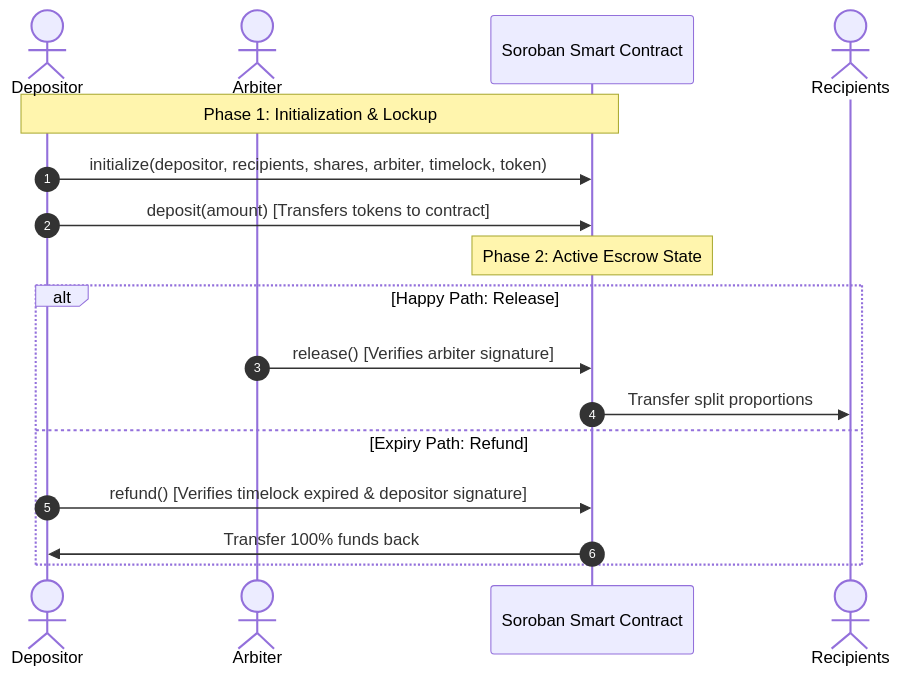
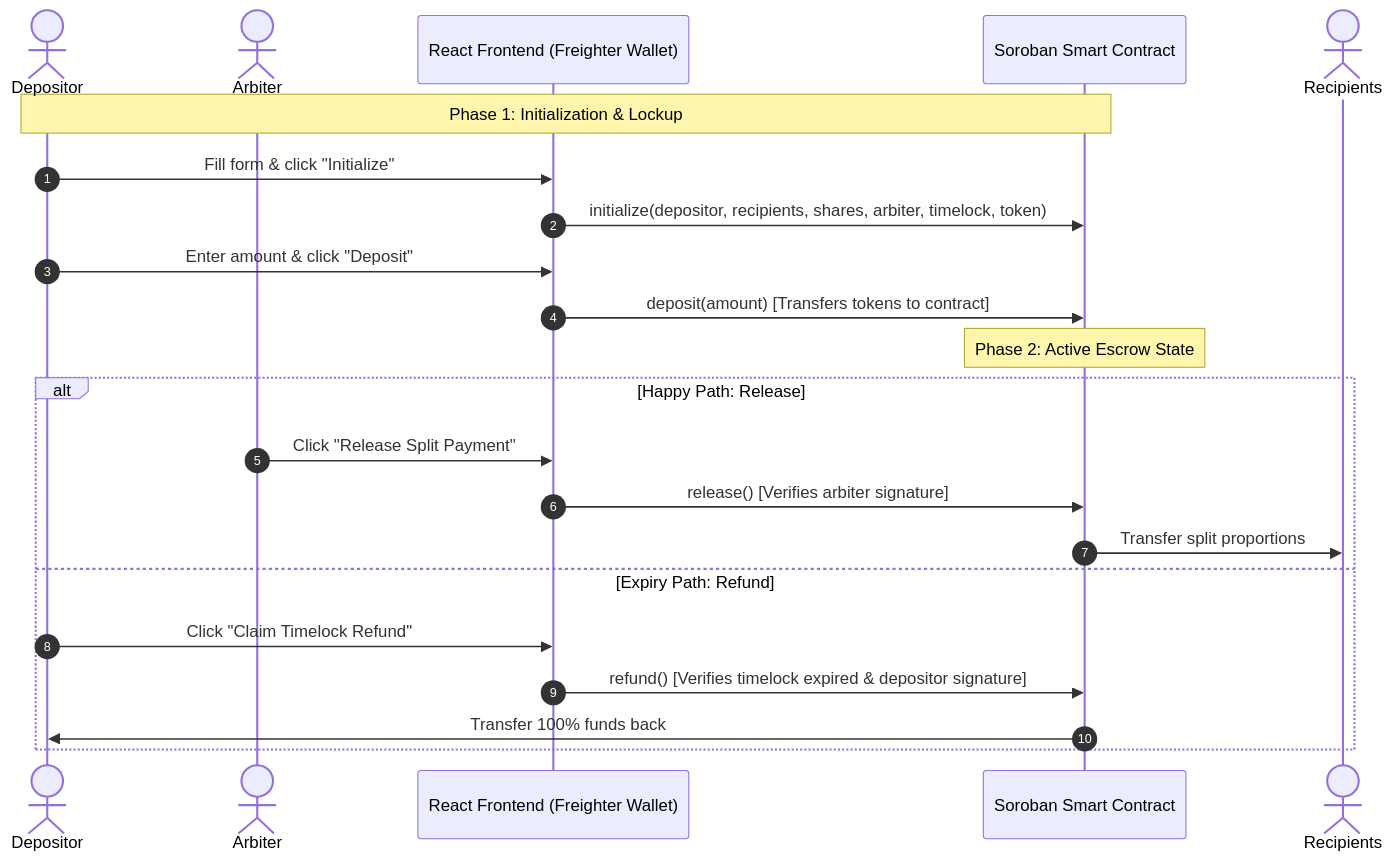
The diagram in README.md (Anchaldubey17/Anchorpay), drawn with Mermaid before and after one commit. The commit also changed other lines of this file and 5 other files, not shown here.

````diff
--- a/README.md
+++ b/README.md
@@ -31,22 +58,27 @@
 ```mermaid
 sequenceDiagram
     autonumber
     actor Depositor
     actor Arbiter
+    participant dApp as React Frontend (Freighter Wallet)
     participant Contract as Soroban Smart Contract
     actor Recipient as Recipients
     
     Note over Depositor,Contract: Phase 1: Initialization & Lockup
-    Depositor->>Contract: initialize(depositor, recipients, shares, arbiter, timelock, token)
-    Depositor->>Contract: deposit(amount) [Transfers tokens to contract]
+    Depositor->>dApp: Fill form & click "Initialize"
+    dApp->>Contract: initialize(depositor, recipients, shares, arbiter, timelock, token)
+    Depositor->>dApp: Enter amount & click "Deposit"
+    dApp->>Contract: deposit(amount) [Transfers tokens to contract]
     
     Note over Contract: Phase 2: Active Escrow State
     
     alt Happy Path: Release
-        Arbiter->>Contract: release() [Verifies arbiter signature]
+        Arbiter->>dApp: Click "Release Split Payment"
+        dApp->>Contract: release() [Verifies arbiter signature]
         Contract->>Recipient: Transfer split proportions
     else Expiry Path: Refund
-        Depositor->>Contract: refund() [Verifies timelock expired & depositor signature]
+        Depositor->>dApp: Click "Claim Timelock Refund"
+        dApp->>Contract: refund() [Verifies timelock expired & depositor signature]
         Contract->>Depositor: Transfer 100% funds back
     end
 ```
````
